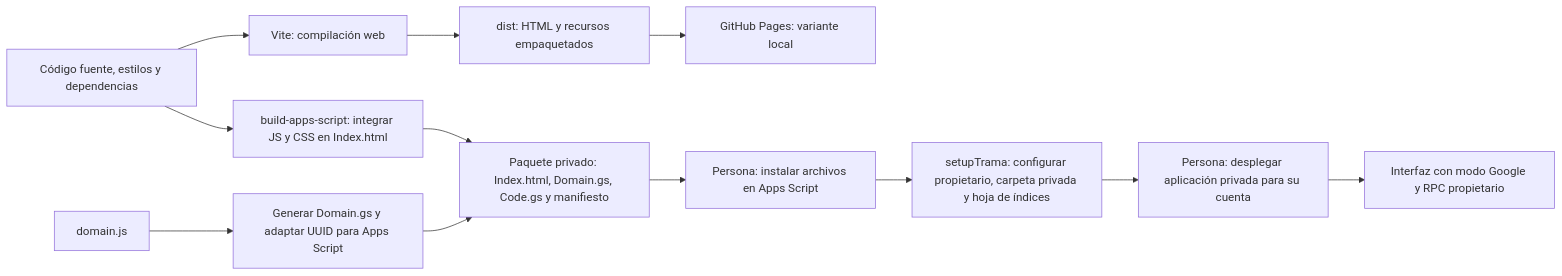
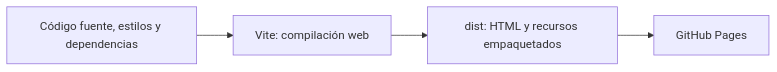
Before and after one commit to estebancofre-coy/trama-cualitativa: the seventh of 7 diagrams in README.md, drawn with Mermaid. The commit also changed other lines of this file and 15 other files, not shown here.

First line of the commit message:
Eliminar variante Apps Script/Drive: app 100% navegador

````diff
--- a/README.md
+++ b/README.md
@@ -411,14 +363,6 @@
 ```mermaid
 flowchart LR
 	A["Código fuente, estilos y dependencias"] --> B["Vite: compilación web"]
 	B --> C["dist: HTML y recursos empaquetados"]
-	C --> D["GitHub Pages: variante local"]
-	A --> E["build-apps-script: integrar JS y CSS en Index.html"]
-	F["domain.js"] --> G["Generar Domain.gs y adaptar UUID para Apps Script"]
-	E --> H["Paquete privado: Index.html, Domain.gs, Code.gs y manifiesto"]
-	G --> H
-	H --> I["Persona: instalar archivos en Apps Script"]
-	I --> J["setupTrama: configurar propietario, carpeta privada y hoja de índices"]
-	J --> K["Persona: desplegar aplicación privada para su cuenta"]
-	K --> L["Interfaz con modo Google y RPC propietario"]
+	C --> D["GitHub Pages"]
 ```
````
